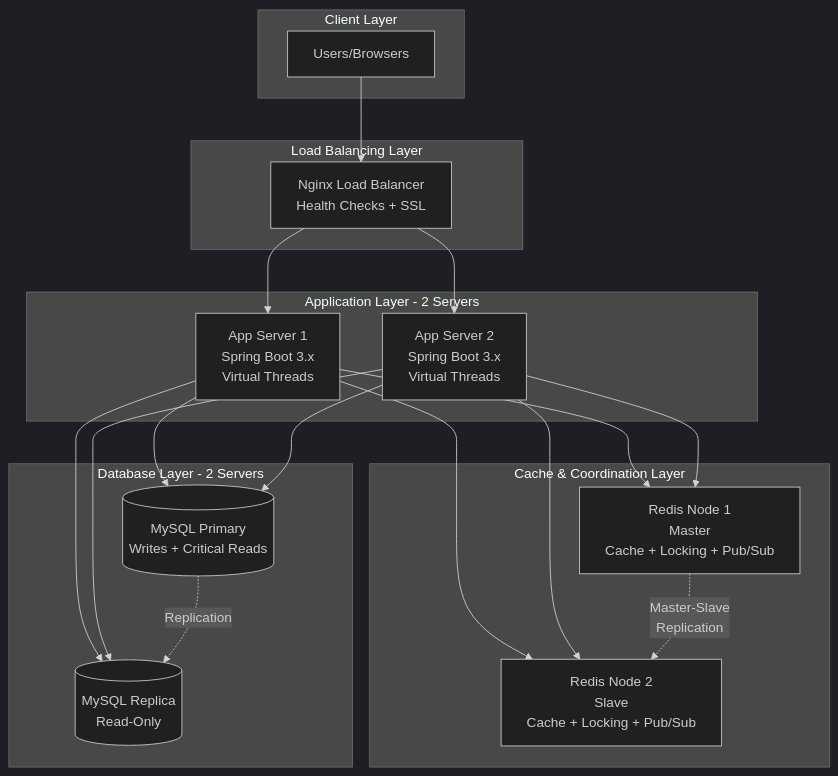
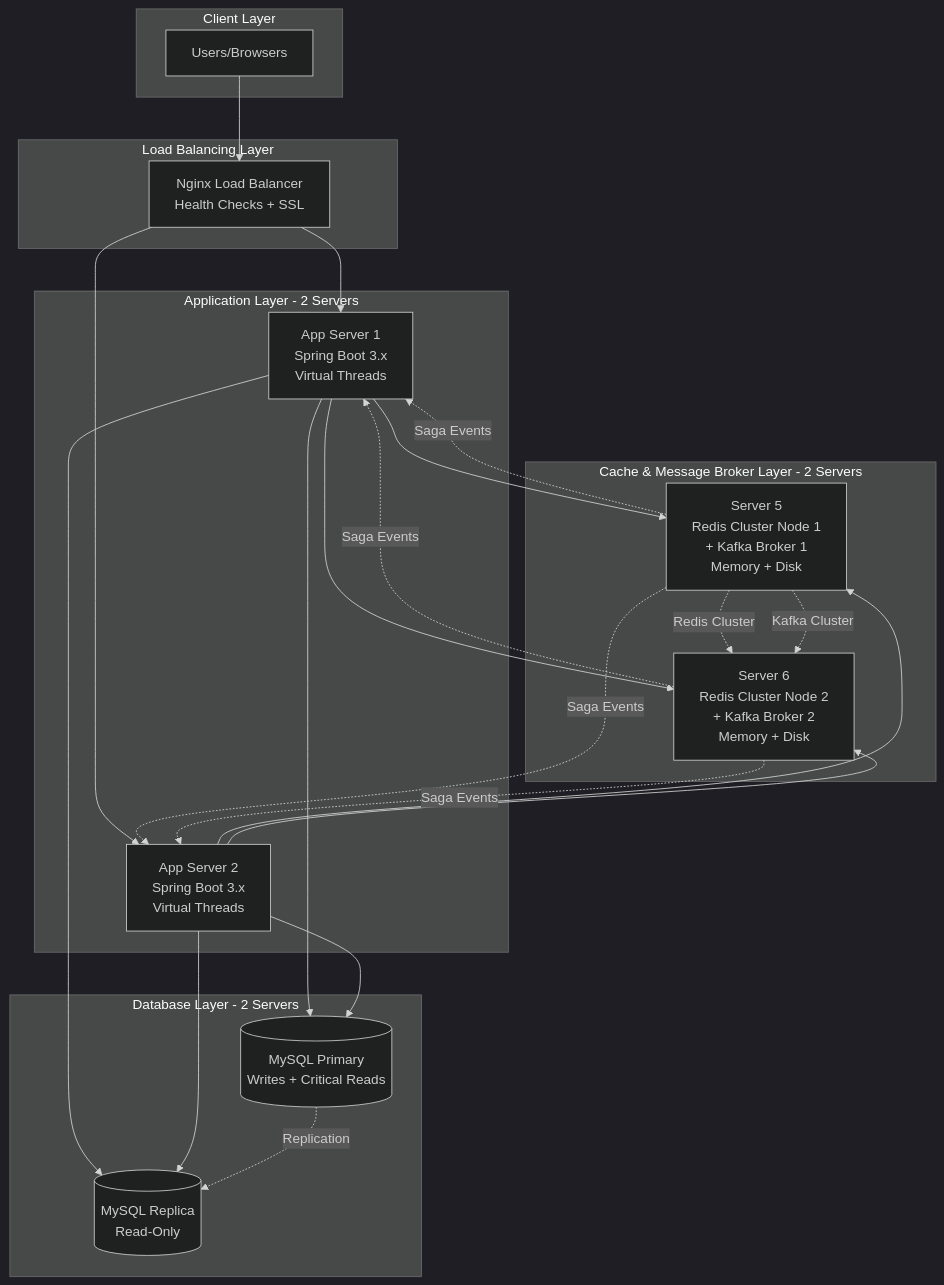
Before and after one commit to thailt/ecomerce: the first of 7 diagrams in architecture-diagram.md, drawn with Mermaid (dark theme). The commit also changed other lines of this file and 4 other files, not shown here.

Commit message:
Implement Saga pattern + kafka

````diff
--- a/architecture-diagram.md
+++ b/architecture-diagram.md
@@ -5,43 +5,48 @@
 ```mermaid
 graph TB
     subgraph "Client Layer"
         U[Users/Browsers]
     end
     
     subgraph "Load Balancing Layer"
         LB[Nginx Load Balancer<br/>Health Checks + SSL]
     end
     
     subgraph "Application Layer - 2 Servers"
         APP1[App Server 1<br/>Spring Boot 3.x<br/>Virtual Threads]
         APP2[App Server 2<br/>Spring Boot 3.x<br/>Virtual Threads]
     end
     
-    subgraph "Cache & Coordination Layer"
-        REDIS1[Redis Node 1<br/>Master<br/>Cache + Locking + Pub/Sub]
-        REDIS2[Redis Node 2<br/>Slave<br/>Cache + Locking + Pub/Sub]
+    subgraph "Cache & Message Broker Layer - 2 Servers"
+        SERVER5[Server 5<br/>Redis Cluster Node 1<br/>+ Kafka Broker 1<br/>Memory + Disk]
+        SERVER6[Server 6<br/>Redis Cluster Node 2<br/>+ Kafka Broker 2<br/>Memory + Disk]
     end
     
     subgraph "Database Layer - 2 Servers"
         DB1[(MySQL Primary<br/>Writes + Critical Reads)]
         DB2[(MySQL Replica<br/>Read-Only)]
     end
     
     U --> LB
     LB --> APP1
     LB --> APP2
     
-    APP1 --> REDIS1
-    APP1 --> REDIS2
-    APP2 --> REDIS1
-    APP2 --> REDIS2
+    APP1 --> SERVER5
+    APP1 --> SERVER6
+    APP2 --> SERVER5
+    APP2 --> SERVER6
     
     APP1 --> DB1
     APP1 --> DB2
     APP2 --> DB1
     APP2 --> DB2
     
     DB1 -.->|Replication| DB2
     
-    REDIS1 -.->|Master-Slave<br/>Replication| REDIS2
+    SERVER5 -.->|Redis Cluster| SERVER6
+    SERVER5 -.->|Kafka Cluster| SERVER6
+    SERVER5 -.->|Saga Events| APP1
+    SERVER5 -.->|Saga Events| APP2
+    SERVER6 -.->|Saga Events| APP1
+    SERVER6 -.->|Saga Events| APP2
 ```
````
